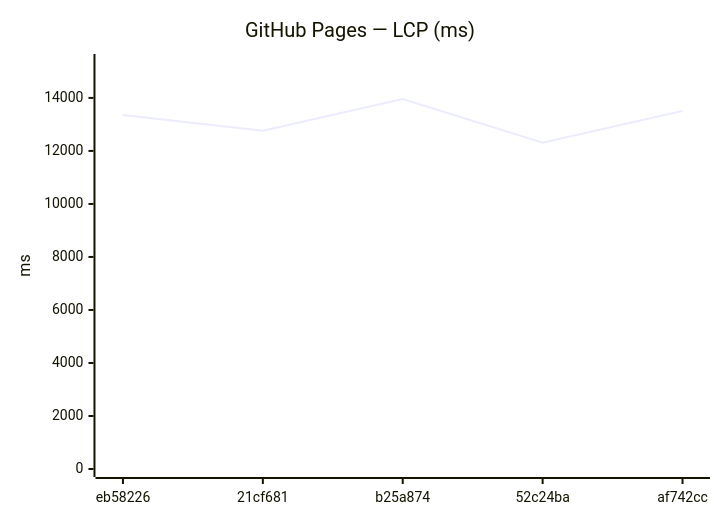
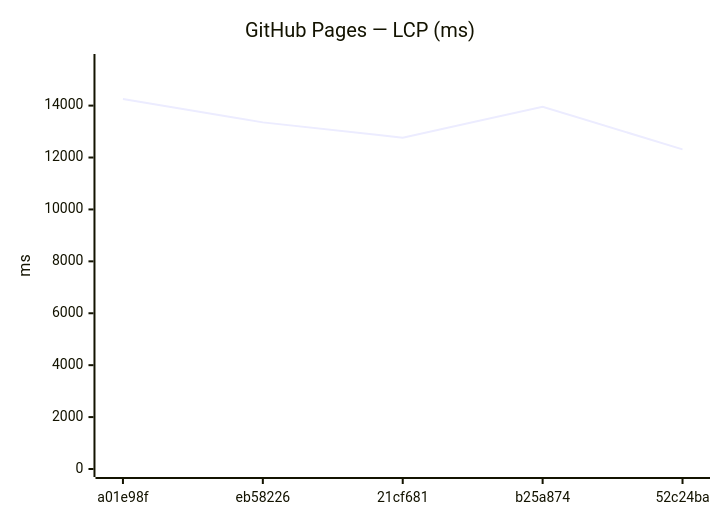
Before and after one commit to Metaheurist/Rianell: the ninth of 18 diagrams in benchmarks/compare.md, drawn with Mermaid. The commit also changed other lines of this file and 11 other files, not shown here.

````diff
--- a/benchmarks/compare.md
+++ b/benchmarks/compare.md
@@ -142,7 +142,7 @@
 ```mermaid
 xychart-beta
     title "GitHub Pages — LCP (ms)"
-    x-axis ["eb58226", "21cf681", "b25a874", "52c24ba", "af742cc"]
-    y-axis "ms" 0 --> 15355
-    line [13354, 12763, 13959, 12313, 13510]
+    x-axis ["a01e98f", "eb58226", "21cf681", "b25a874", "52c24ba"]
+    y-axis "ms" 0 --> 15680
+    line [14254, 13354, 12763, 13959, 12313]
 ```
````
